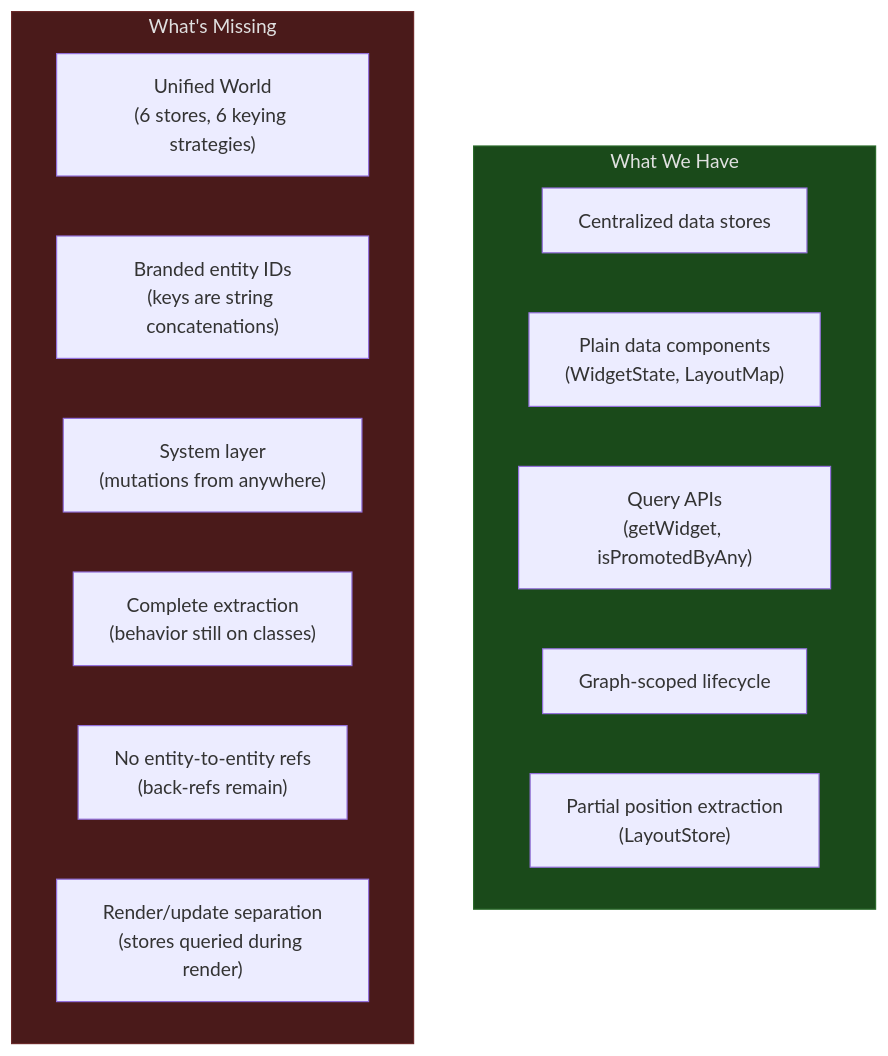
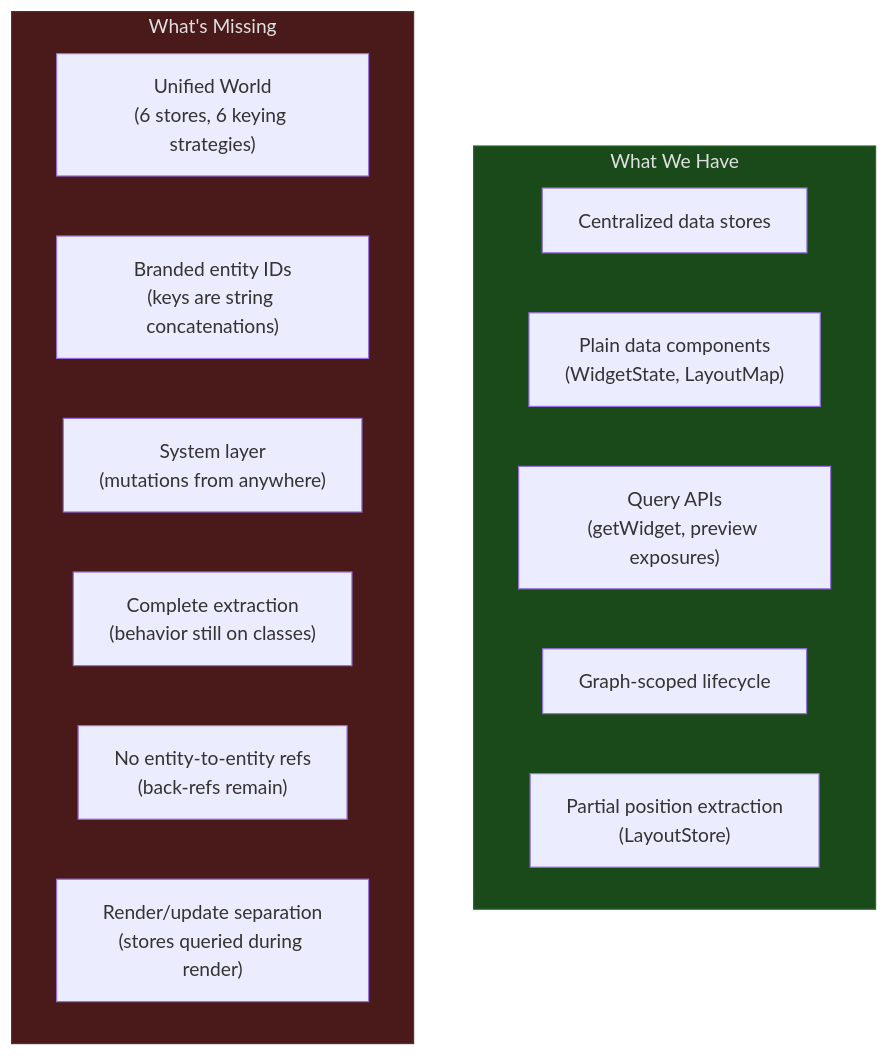
One commit to mg-org-4/sub-251027 changed the second of 3 diagrams in ComfyUI_frontend/docs/architecture/proto-ecs-stores.md. Above: the diagram before and after it, drawn with Mermaid. The commit also changed other lines of this file and 146 other files, not shown here.

````diff
--- a/ComfyUI_frontend/docs/architecture/proto-ecs-stores.md
+++ b/ComfyUI_frontend/docs/architecture/proto-ecs-stores.md
@@ -217,30 +195,30 @@
 ```mermaid
 graph TD
     subgraph Have["What We Have"]
         style Have fill:#1a4a1a,stroke:#2a6a2a,color:#e0e0e0
         H1["Centralized data stores"]
         H2["Plain data components
 (WidgetState, LayoutMap)"]
         H3["Query APIs
-(getWidget, isPromotedByAny)"]
+(getWidget, preview exposures)"]
         H4["Graph-scoped lifecycle"]
         H5["Partial position extraction
 (LayoutStore)"]
     end
 
     subgraph Missing["What's Missing"]
         style Missing fill:#4a1a1a,stroke:#6a2a2a,color:#e0e0e0
         M1["Unified World
 (6 stores, 6 keying strategies)"]
         M2["Branded entity IDs
 (keys are string concatenations)"]
         M3["System layer
 (mutations from anywhere)"]
         M4["Complete extraction
 (behavior still on classes)"]
         M5["No entity-to-entity refs
 (back-refs remain)"]
         M6["Render/update separation
 (stores queried during render)"]
     end
 ```
````
